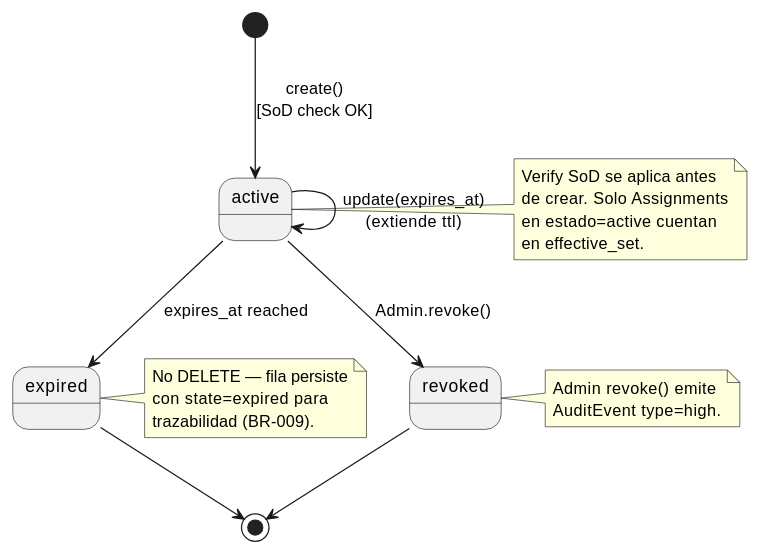
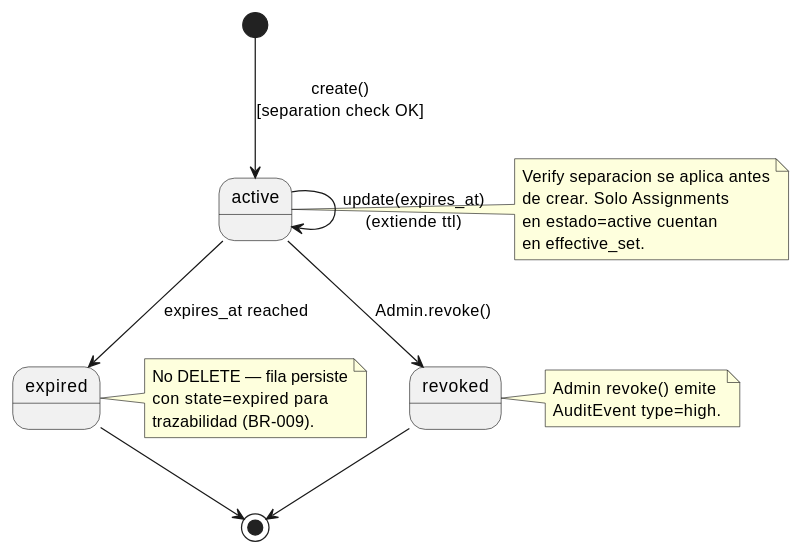
One commit to jcg-admin/IACT-docs changed the diagram in source/arquitectura-tecnica/design-view/state-assignment.rst. Above: the diagram before and after it, drawn with PlantUML. The commit also changed other lines of this file and 32 other files, not shown here.

```diff
--- a/source/arquitectura-tecnica/design-view/state-assignment.rst
+++ b/source/arquitectura-tecnica/design-view/state-assignment.rst
@@ -28,34 +28,34 @@
 .. uml::
  :caption: Assignment FSM — active -> expired | revoked.
 
  @startuml
 
- [*] --> active : create()\n[SoD check OK]
+ [*] --> active : create()\n[separation check OK]
 
  active --> active : update(expires_at)\n(extiende ttl)
 
  active --> expired : expires_at reached
  active --> revoked : Admin.revoke()
 
  expired --> [*]
  revoked --> [*]
 
  note right of active
-   Verify SoD se aplica antes
+   Verify separacion se aplica antes
    de crear. Solo Assignments
    en estado=active cuentan
    en effective_set.
  end note
 
  note right of expired
    No DELETE — fila persiste
    con state=expired para
    trazabilidad (BR-009).
  end note
 
  note right of revoked
    Admin revoke() emite
    AuditEvent type=high.
  end note
 
  @enduml
```
